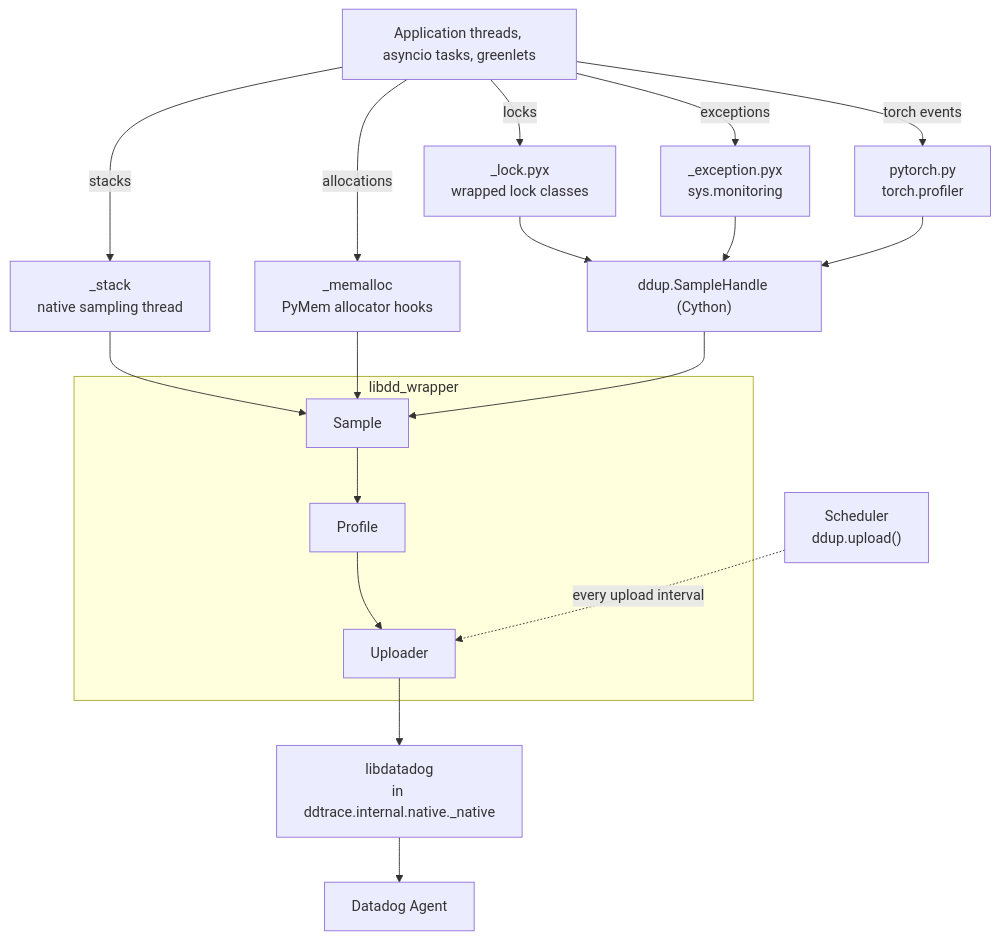
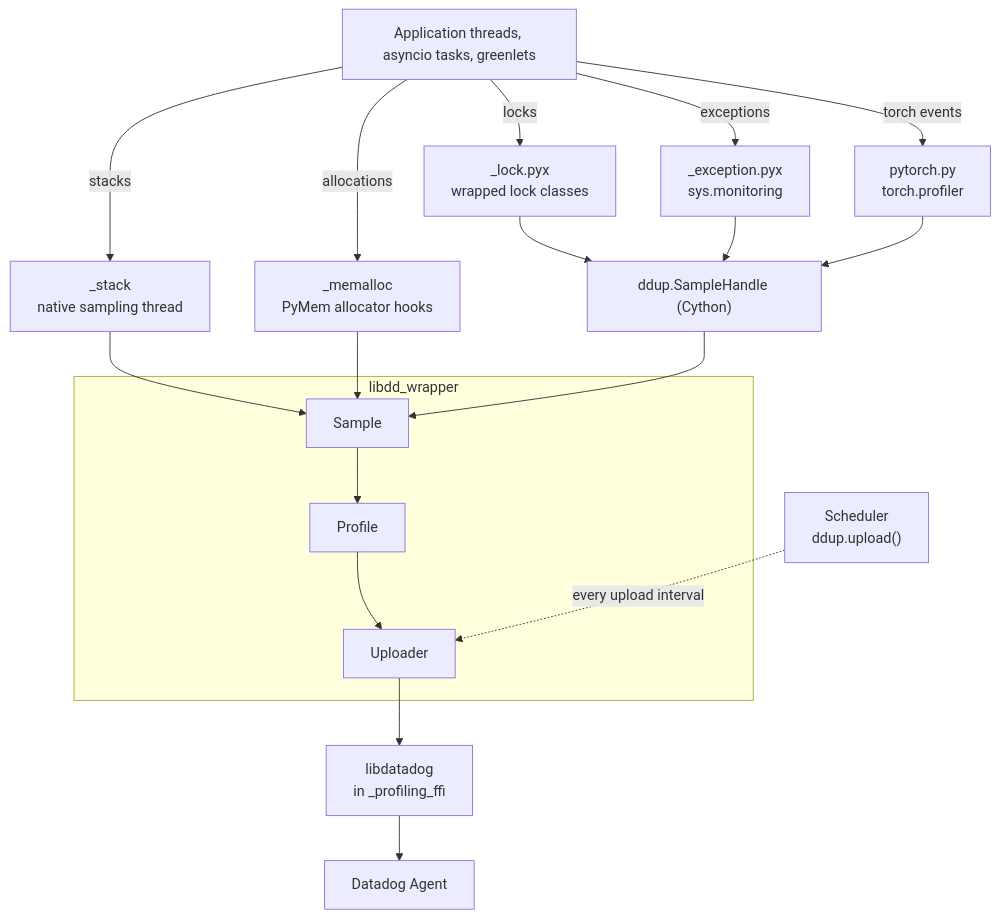
Before and after one commit to DataDog/dd-trace-py: the diagram in ddtrace/internal/datadog/profiling/docs/Architecture.md, drawn with Mermaid. The commit also changed other lines of this file and 85 other files, not shown here.

First line of the commit message:
build(profiling): build only the profiling FFI instead of src/native

````diff
--- a/ddtrace/internal/datadog/profiling/docs/Architecture.md
+++ b/ddtrace/internal/datadog/profiling/docs/Architecture.md
@@ -12,26 +12,26 @@
 ```mermaid
 flowchart TD
     app["Application threads, asyncio tasks, greenlets"]
 
     app -->|stacks| stack["_stack<br/>native sampling thread"]
     app -->|allocations| memalloc["_memalloc<br/>PyMem allocator hooks"]
     app -->|locks| lock["_lock.pyx<br/>wrapped lock classes"]
     app -->|exceptions| exc["_exception.pyx<br/>sys.monitoring"]
     app -->|torch events| torch["pytorch.py<br/>torch.profiler"]
 
     lock --> handle["ddup.SampleHandle (Cython)"]
     exc --> handle
     torch --> handle
 
     subgraph wrapper["libdd_wrapper"]
         sample["Sample"] --> profile["Profile"] --> uploader["Uploader"]
     end
 
     stack --> sample
     memalloc --> sample
     handle --> sample
 
     scheduler["Scheduler<br/>ddup.upload()"] -.->|every upload interval| uploader
-    uploader --> libdatadog["libdatadog<br/>in ddtrace.internal.native._native"]
+    uploader --> libdatadog["libdatadog<br/>in _profiling_ffi"]
     libdatadog --> agent["Datadog Agent"]
 ```
````
